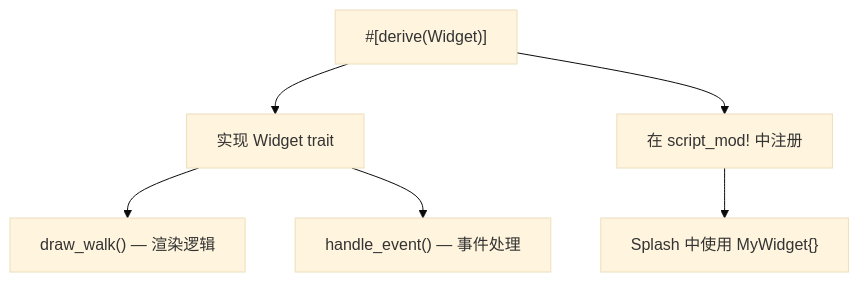
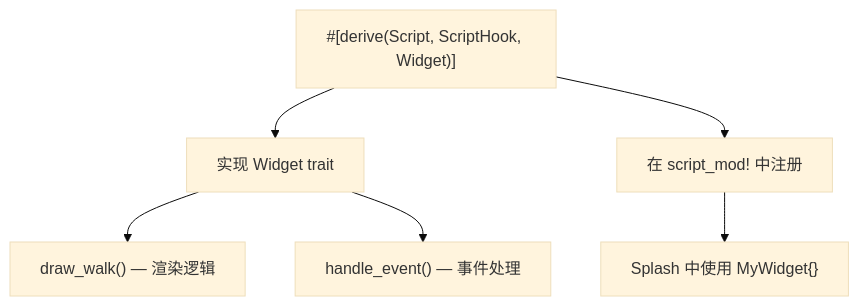
Before and after one commit to ZhangHanDong/makepad-2.0-book: the diagram in src/zh/ch17-custom-widgets.md, drawn with Mermaid (base theme). The commit also changed other lines of this file and 5 other files, not shown here.

First line of the commit message:
fix: Correct derive macros, audio hosting boundary, widget event APIs

````diff
--- a/src/zh/ch17-custom-widgets.md
+++ b/src/zh/ch17-custom-widgets.md
@@ -11,8 +11,8 @@
 ```mermaid
 flowchart TD
-    A["#[derive(Widget)]"] --> B["实现 Widget trait"]
+    A["#[derive(Script, ScriptHook, Widget)]"] --> B["实现 Widget trait"]
     B --> C["draw_walk() — 渲染逻辑"]
     B --> D["handle_event() — 事件处理"]
     A --> E["在 script_mod! 中注册"]
     E --> F["Splash 中使用 MyWidget{}"]
 ```
````
